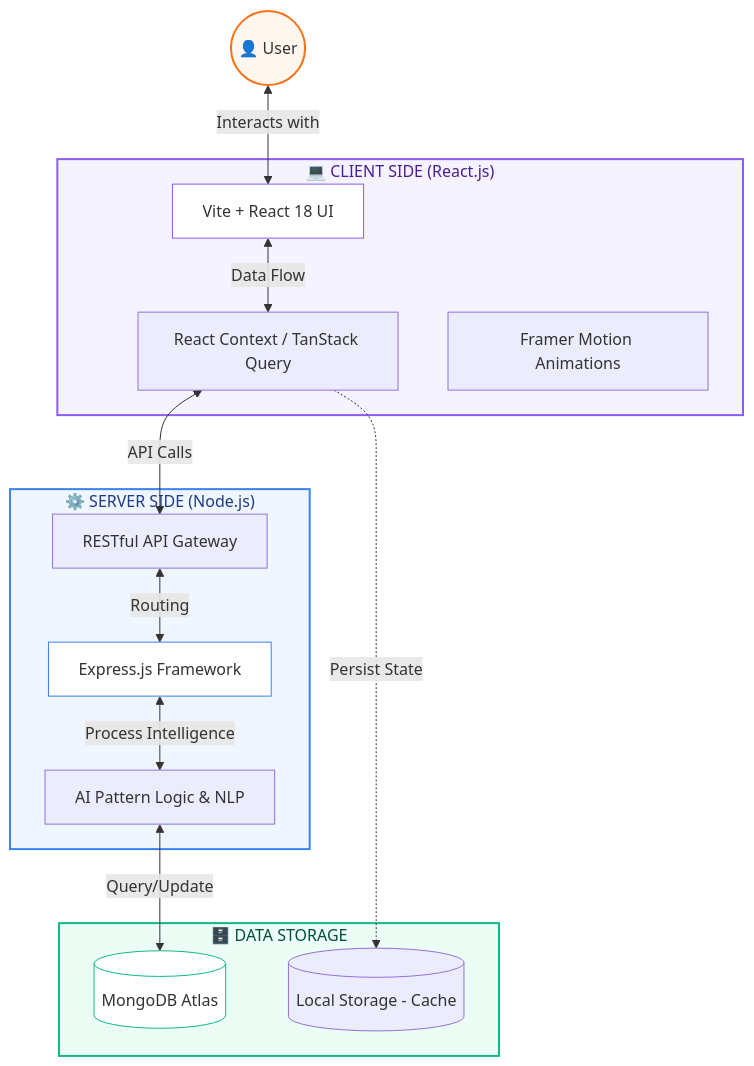
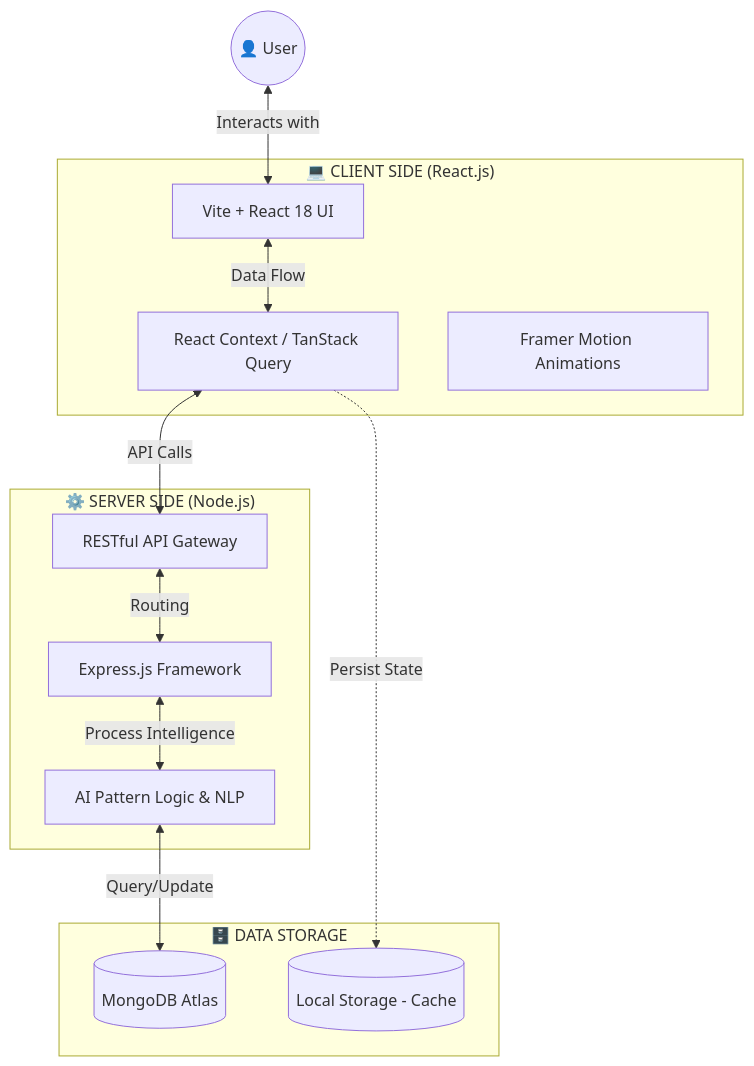
The diagram in README.md (saswatdutta1310/HeartHeaven-AI-Relationship-Mediator), drawn with Mermaid before and after one commit.

Commit message:
Remove color from mermaid diagram

````diff
--- a/README.md
+++ b/README.md
@@ -70,40 +70,31 @@
 ```mermaid
 graph TB
     %% Nodes
     User((👤 User))
 
     subgraph Client_Layer ["💻 CLIENT SIDE (React.js)"]
         UI[Vite + React 18 UI]
         State[React Context / TanStack Query]
         Framer[Framer Motion Animations]
     end
 
     subgraph Server_Layer ["⚙️ SERVER SIDE (Node.js)"]
         Express[Express.js Framework]
         API[RESTful API Gateway]
         AI_Logic[AI Pattern Logic & NLP]
     end
 
     subgraph Data_Layer ["🗄️ DATA STORAGE"]
         DB[(MongoDB Atlas)]
         Storage[(Local Storage - Cache)]
     end
 
     %% Connections
     User <--> |Interacts with| UI
     UI <--> |Data Flow| State
     State <--> |API Calls| API
     API <--> |Routing| Express
     Express <--> |Process Intelligence| AI_Logic
     AI_Logic <--> |Query/Update| DB
     State -.-> |Persist State| Storage
-
-    %% Styling
-    style User fill:#fff7ed,stroke:#f97316,stroke-width:2px
-    style Client_Layer fill:#f5f3ff,stroke:#8b5cf6,stroke-width:2px,color:#4c1d95
-    style Server_Layer fill:#eff6ff,stroke:#3b82f6,stroke-width:2px,color:#1e3a8a
-    style Data_Layer fill:#ecfdf5,stroke:#10b981,stroke-width:2px,color:#064e3b
-    style UI fill:#fff,stroke:#8b5cf6
-    style Express fill:#fff,stroke:#3b82f6
-    style DB fill:#fff,stroke:#10b981
 ```
````
